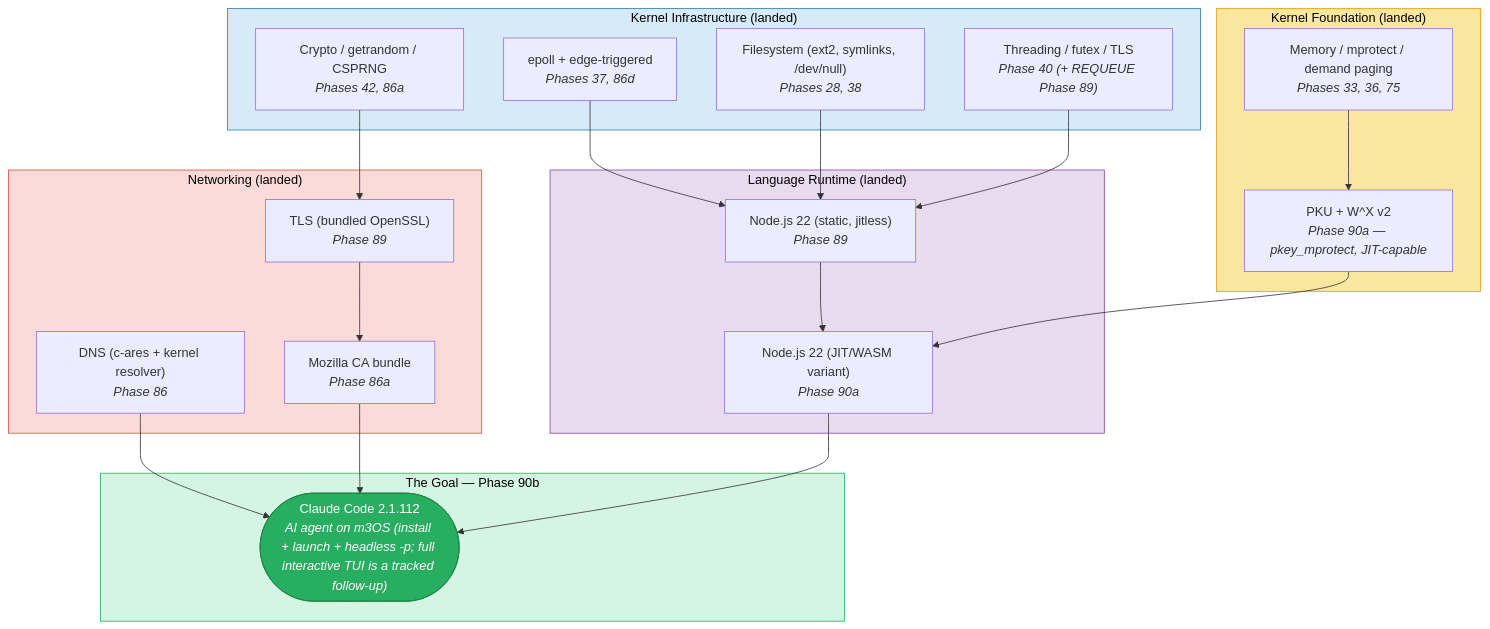
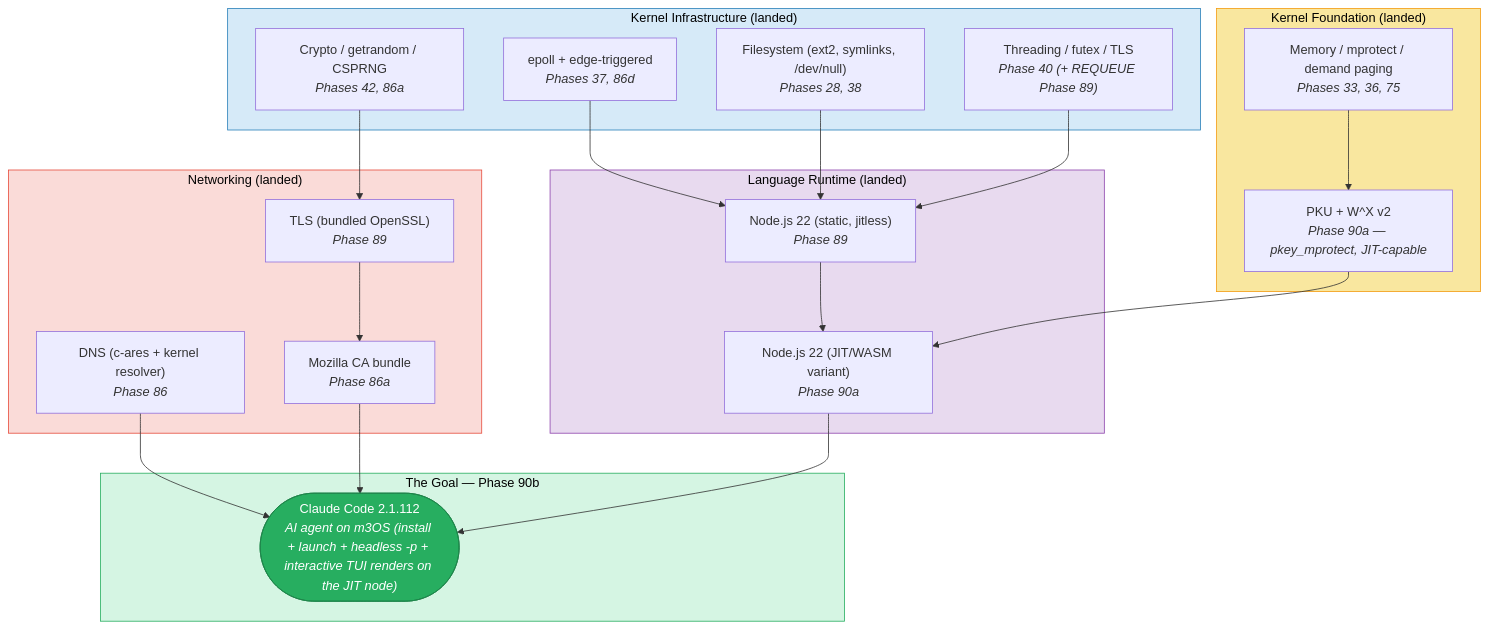
One commit to mikecubed/m3OS changed the first of 3 diagrams in docs/claude-code-roadmap.md. Above: the diagram before and after it, drawn with Mermaid. The commit also changed other lines of this file and 9 other files, not shown here.

````diff
--- a/docs/claude-code-roadmap.md
+++ b/docs/claude-code-roadmap.md
@@ -104,48 +115,48 @@
 ```mermaid
 flowchart TD
     subgraph FOUNDATION ["Kernel Foundation (landed)"]
         MEM["Memory / mprotect / demand paging<br/><i>Phases 33, 36, 75</i>"]
         PKU["PKU + W^X v2<br/><i>Phase 90a — pkey_mprotect, JIT-capable</i>"]
         MEM --> PKU
     end
 
     subgraph KERNEL ["Kernel Infrastructure (landed)"]
         EPOLL["epoll + edge-triggered<br/><i>Phases 37, 86d</i>"]
         FS["Filesystem (ext2, symlinks, /dev/null)<br/><i>Phases 28, 38</i>"]
         THR["Threading / futex / TLS<br/><i>Phase 40 (+ REQUEUE Phase 89)</i>"]
         CRYPTO["Crypto / getrandom / CSPRNG<br/><i>Phases 42, 86a</i>"]
     end
 
     subgraph RUNTIMES ["Language Runtime (landed)"]
         NODE["Node.js 22 (static, jitless)<br/><i>Phase 89</i>"]
         NODEJIT["Node.js 22 (JIT/WASM variant)<br/><i>Phase 90a</i>"]
         NODE --> NODEJIT
     end
 
     subgraph NETWORKING ["Networking (landed)"]
         TLS["TLS (bundled OpenSSL)<br/><i>Phase 89</i>"]
         DNS["DNS (c-ares + kernel resolver)<br/><i>Phase 86</i>"]
         CA["Mozilla CA bundle<br/><i>Phase 86a</i>"]
     end
 
     subgraph GOAL ["The Goal — Phase 90b"]
-        CC(["Claude Code 2.1.112<br/><i>AI agent on m3OS (install + launch + headless -p; full interactive TUI is a tracked follow-up)</i>"])
+        CC(["Claude Code 2.1.112<br/><i>AI agent on m3OS (install + launch + headless -p + interactive TUI renders on the JIT node)</i>"])
     end
 
     PKU --> NODEJIT
     EPOLL --> NODE
     FS --> NODE
     THR --> NODE
     CRYPTO --> TLS
     TLS --> CA
     DNS --> CC
     CA --> CC
     NODEJIT --> CC
 
     style FOUNDATION fill:#f9e79f,stroke:#f39c12,color:#000
     style KERNEL fill:#d6eaf8,stroke:#2980b9,color:#000
     style RUNTIMES fill:#e8daef,stroke:#8e44ad,color:#000
     style NETWORKING fill:#fadbd8,stroke:#e74c3c,color:#000
     style GOAL fill:#d5f5e3,stroke:#27ae60,color:#000
     style CC fill:#27ae60,stroke:#1e8449,color:#fff
 ```
````
